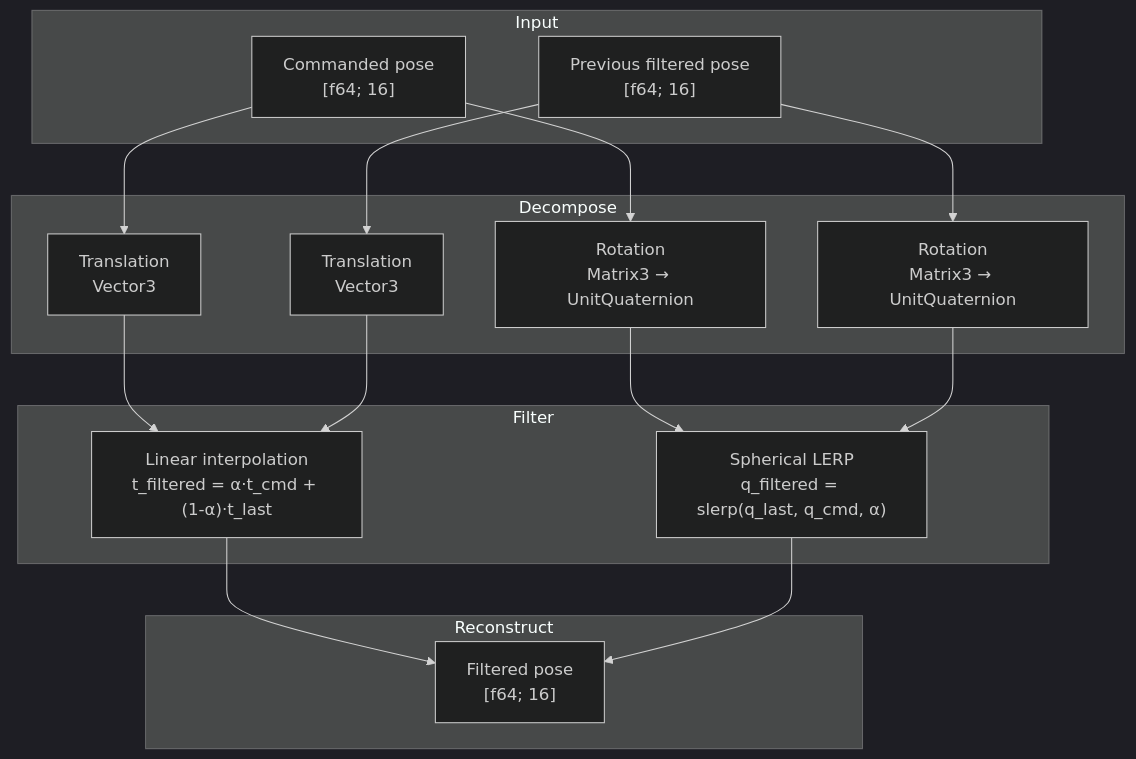
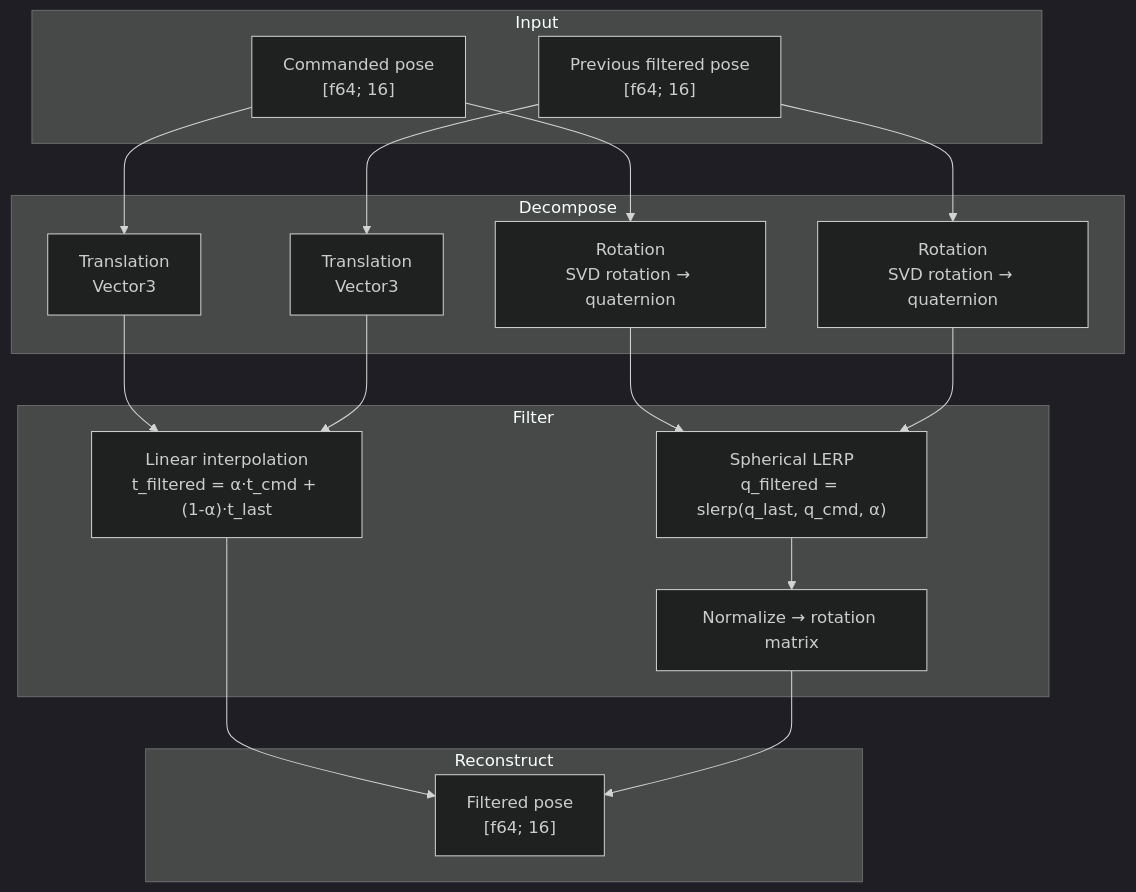
The second of 2 diagrams in docs/src/modules/lowpass-filter.md (ColeTen/franka-rs), drawn with Mermaid (dark theme) before and after one commit. The commit also changed other lines of this file and 43 other files, not shown here.

````diff
--- a/docs/src/modules/lowpass-filter.md
+++ b/docs/src/modules/lowpass-filter.md
@@ -97,26 +99,27 @@
 ```mermaid
 flowchart TD
     subgraph "Input"
         CMD["Commanded pose<br/>[f64; 16]"]
         LAST["Previous filtered pose<br/>[f64; 16]"]
     end
 
     subgraph "Decompose"
         CMD --> CMD_T["Translation<br/>Vector3"]
-        CMD --> CMD_R["Rotation<br/>Matrix3 → UnitQuaternion"]
+        CMD --> CMD_R["Rotation<br/>SVD rotation → quaternion"]
         LAST --> LAST_T["Translation<br/>Vector3"]
-        LAST --> LAST_R["Rotation<br/>Matrix3 → UnitQuaternion"]
+        LAST --> LAST_R["Rotation<br/>SVD rotation → quaternion"]
     end
 
     subgraph "Filter"
         CMD_T --> LERP["Linear interpolation<br/>t_filtered = α·t_cmd + (1-α)·t_last"]
         LAST_T --> LERP
         CMD_R --> SLERP["Spherical LERP<br/>q_filtered = slerp(q_last, q_cmd, α)"]
         LAST_R --> SLERP
+        SLERP --> NORM["Normalize → rotation matrix"]
     end
 
     subgraph "Reconstruct"
         LERP --> OUT["Filtered pose<br/>[f64; 16]"]
-        SLERP --> OUT
+        NORM --> OUT
     end
 ```
````
